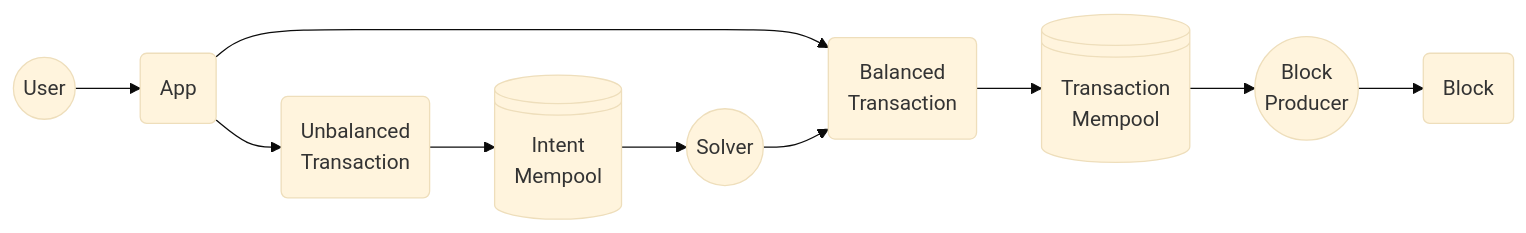
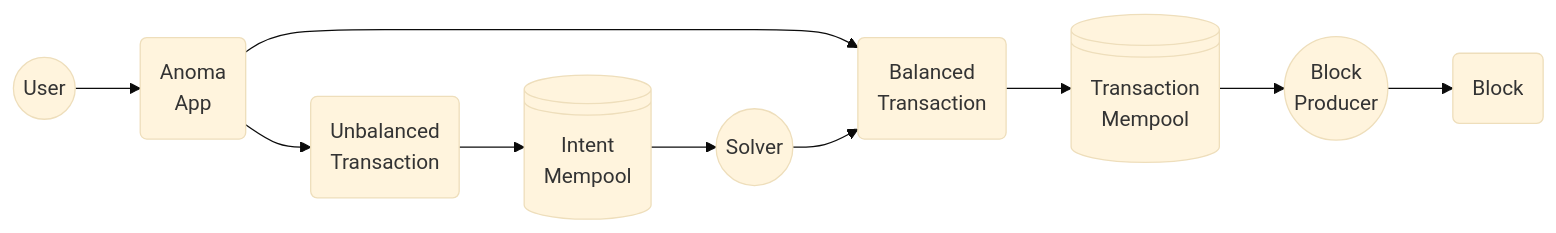
The diagram in learn/transactions/README.md (anoma/developer-docs), drawn with Mermaid (base theme) before and after one commit.

Commit message:
GITBOOK-70: No subject

````diff
--- a/learn/transactions/README.md
+++ b/learn/transactions/README.md
@@ -12,17 +12,17 @@
 ```mermaid
 flowchart LR
   user(("User"))
-  app(App)
+  app("Anoma<br>App")
   solver(("Solver"))
   executor(("Block<br>Producer"))
   utx("Unbalanced<br>Transaction")
   btx("Balanced<br>Transaction")
   txpool@{shape: lin-cyl, label: "Transaction <br>Mempool"}
   ipool@{shape: lin-cyl, label: "Intent<br>Mempool"}
   block("Block<br>")
 
   user --> app
   app --> btx
   app --> utx --> ipool --> solver --> btx
   btx --> txpool --> executor --> block
 ```
````
